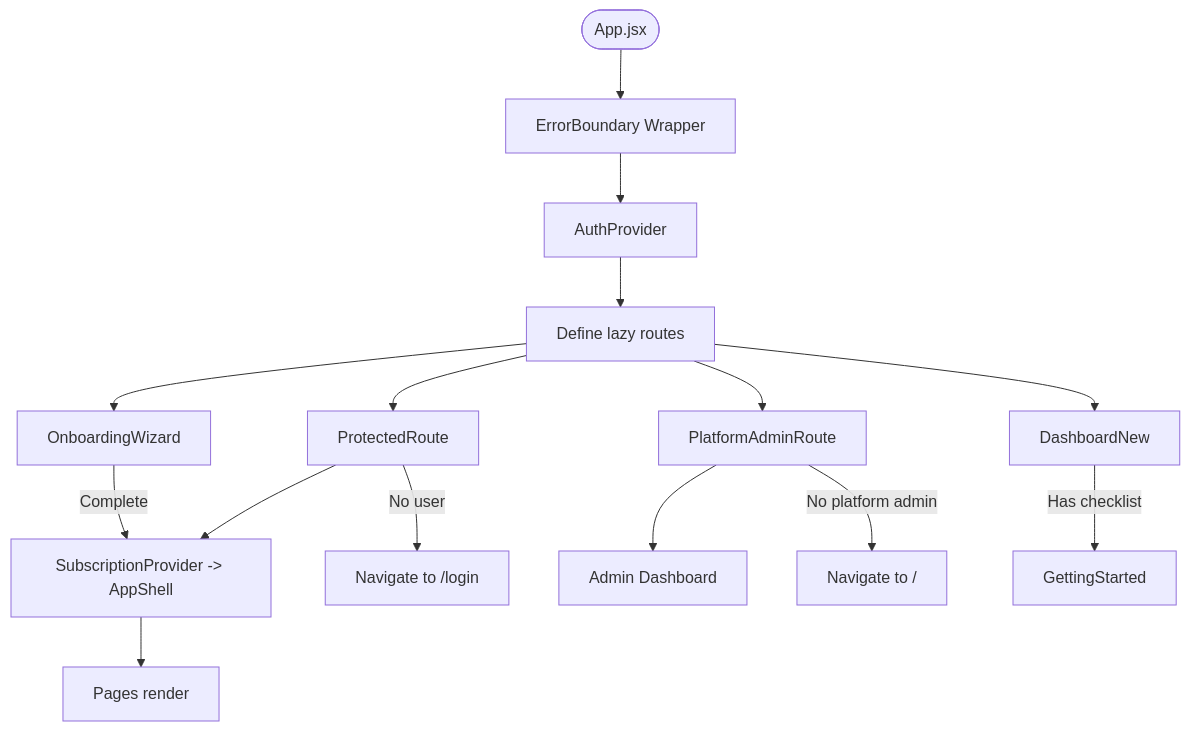
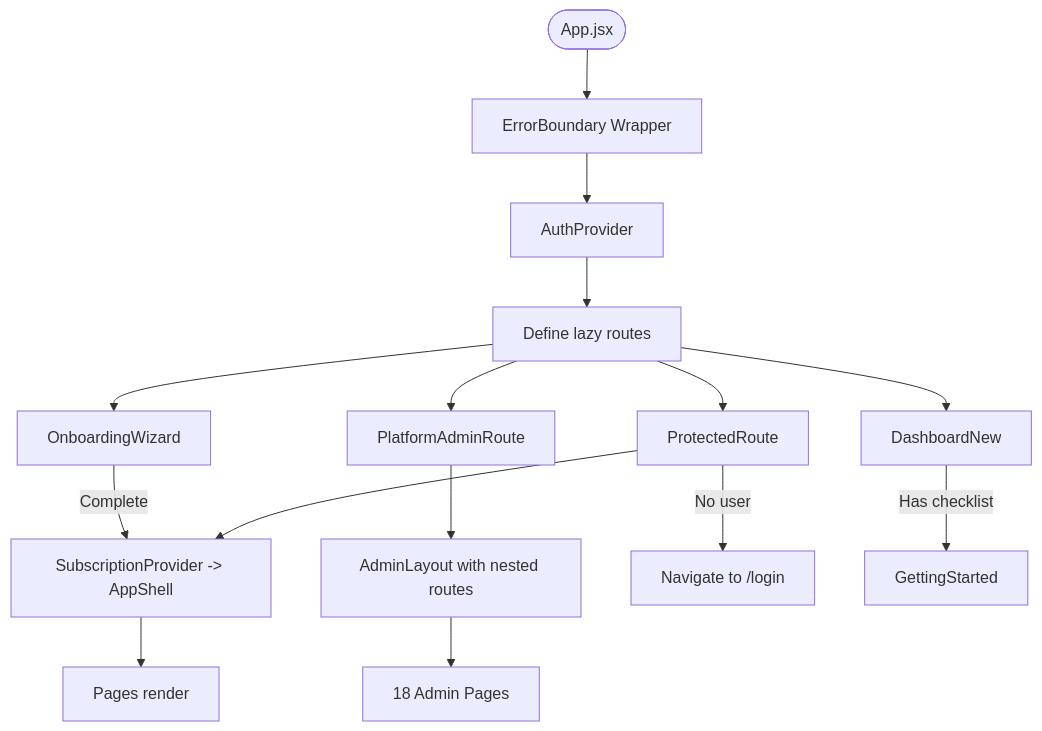
One commit to Revanththetalogics/aireume changed diagram 20 of 34 in .qoder/repowiki/en/content/Frontend Architecture/Frontend Architecture.md. Above: the diagram before and after it, drawn with Mermaid. The commit also changed other lines of this file and 13 other files, not shown here.

````diff
--- a/.qoder/repowiki/en/content/Frontend Architecture/Frontend Architecture.md
+++ b/.qoder/repowiki/en/content/Frontend Architecture/Frontend Architecture.md
@@ -1036,17 +1341,17 @@
 ```mermaid
 flowchart TD
 Start(["App.jsx"]) --> ErrorWrap["ErrorBoundary Wrapper"]
 ErrorWrap --> Auth["AuthProvider"]
 Auth --> Routes["Define lazy routes"]
 Routes --> Guard["ProtectedRoute"]
 Guard --> Shell["SubscriptionProvider -> AppShell"]
 Shell --> Pages["Pages render"]
+Routes --> Admin["PlatformAdminRoute"]
+Admin --> AdminLayout["AdminLayout with nested routes"]
+AdminLayout --> AdminPages["18 Admin Pages"]
 Guard --> |No user| Redirect["Navigate to /login"]
-Routes --> Admin["PlatformAdminRoute"]
-Admin --> AdminShell["Admin Dashboard"]
-Admin --> |No platform admin| Redirect2["Navigate to /"]
 Routes --> Onboarding["OnboardingWizard"]
 Onboarding --> |Complete| Shell
 Routes --> Dashboard["DashboardNew"]
 Dashboard --> |Has checklist| GettingStarted["GettingStarted"]
 ```
````
